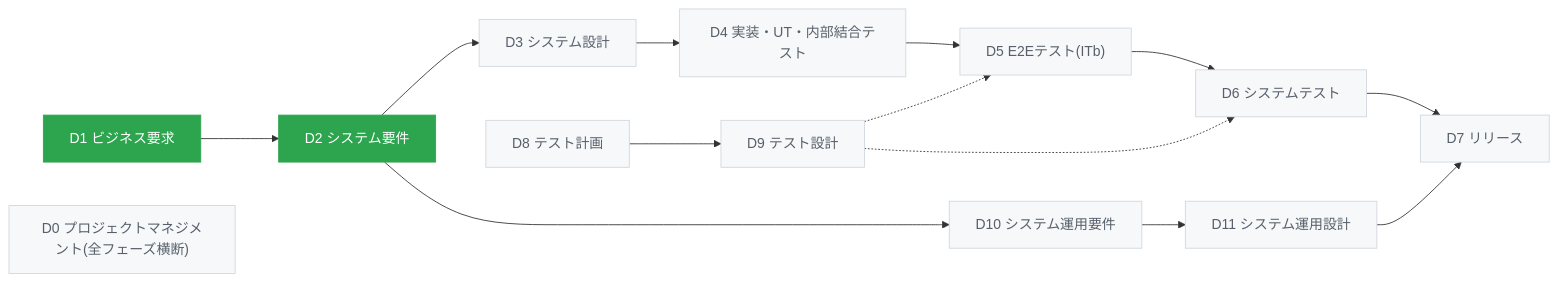
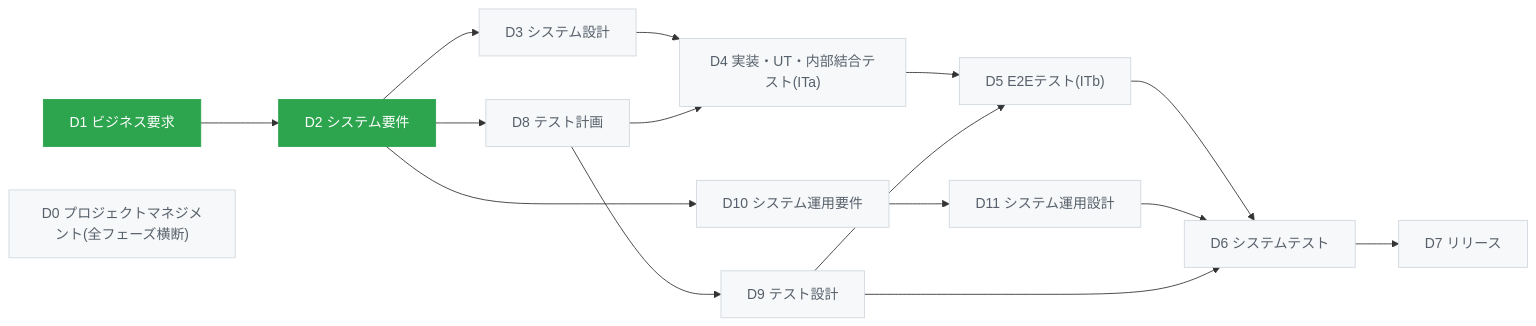
Before and after one commit to Acceler-Digital/karura: the diagram in README.md, drawn with Mermaid. The commit also changed other lines of this file, not shown here.

````diff
--- a/README.md
+++ b/README.md
@@ -42,18 +43,20 @@
 ```mermaid
 flowchart LR
     classDef included fill:#2da44e,stroke:#2da44e,color:#fff
     classDef planned fill:#f6f8fa,stroke:#d0d7de,color:#57606a
  
     D1["D1 ビジネス要求"]:::included --> D2["D2 システム要件"]:::included
     D2 --> D3["D3 システム設計"]:::planned
-    D3 --> D4["D4 実装・UT・内部結合テスト"]:::planned
+    D3 --> D4["D4 実装・UT・内部結合テスト(ITa)"]:::planned
     D4 --> D5["D5 E2Eテスト(ITb)"]:::planned
     D5 --> D6["D6 システムテスト"]:::planned
     D6 --> D7["D7 リリース"]:::planned
     D2 --> D10["D10 システム運用要件"]:::planned
     D10 --> D11["D11 システム運用設計"]:::planned
-    D11 --> D7
-    D8["D8 テスト計画"]:::planned --> D9["D9 テスト設計"]:::planned
-    D9 -.-> D5 & D6
+    D11 --> D6
+    D2 -->D8["D8 テスト計画"]:::planned
+    D8 --> D4
+    D8 -->D9["D9 テスト設計"]:::planned
+    D9 --> D5 & D6
     D0["D0 プロジェクトマネジメント(全フェーズ横断)"]:::planned
 ```
````
